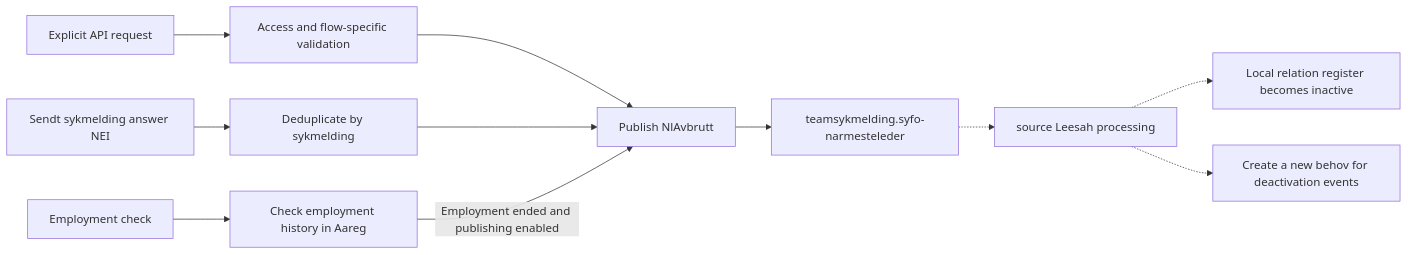
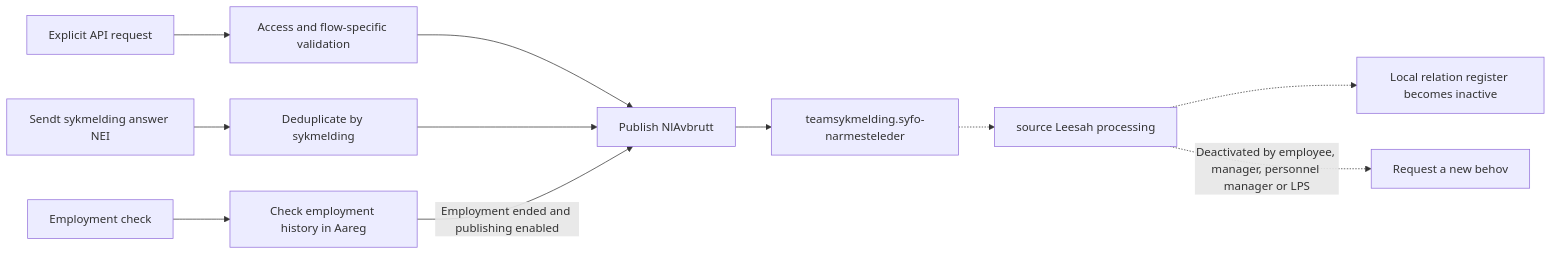
One commit to navikt/esyfo-narmesteleder changed the fifth of 8 diagrams in docs/data-flow.md. Above: the diagram before and after it, drawn with Mermaid. The commit also changed other lines of this file and 1 other file, not shown here.

Commit message:
docs: address data flow review

````diff
--- a/docs/data-flow.md
+++ b/docs/data-flow.md
@@ -231,19 +254,19 @@
 ```mermaid
 flowchart LR
     explicit[Explicit API request]
     answer[Sendt sykmelding answer NEI]
     employment[Employment check]
 
     explicit --> authorize[Access and flow-specific validation]
     answer --> deduplicate[Deduplicate by sykmelding]
     employment --> aareg[Check employment history in Aareg]
 
     authorize --> publish[Publish NlAvbrutt]
     deduplicate --> publish
     aareg -->|Employment ended and publishing enabled| publish
 
     publish --> command[teamsykmelding.syfo-narmesteleder]
     command -.-> source[source Leesah processing]
     source -.-> register[Local relation register becomes inactive]
-    source -.-> behov[Create a new behov for deactivation events]
+    source -.->|Deactivated by employee, manager, personnel manager or LPS| behov[Request a new behov]
 ```
````
